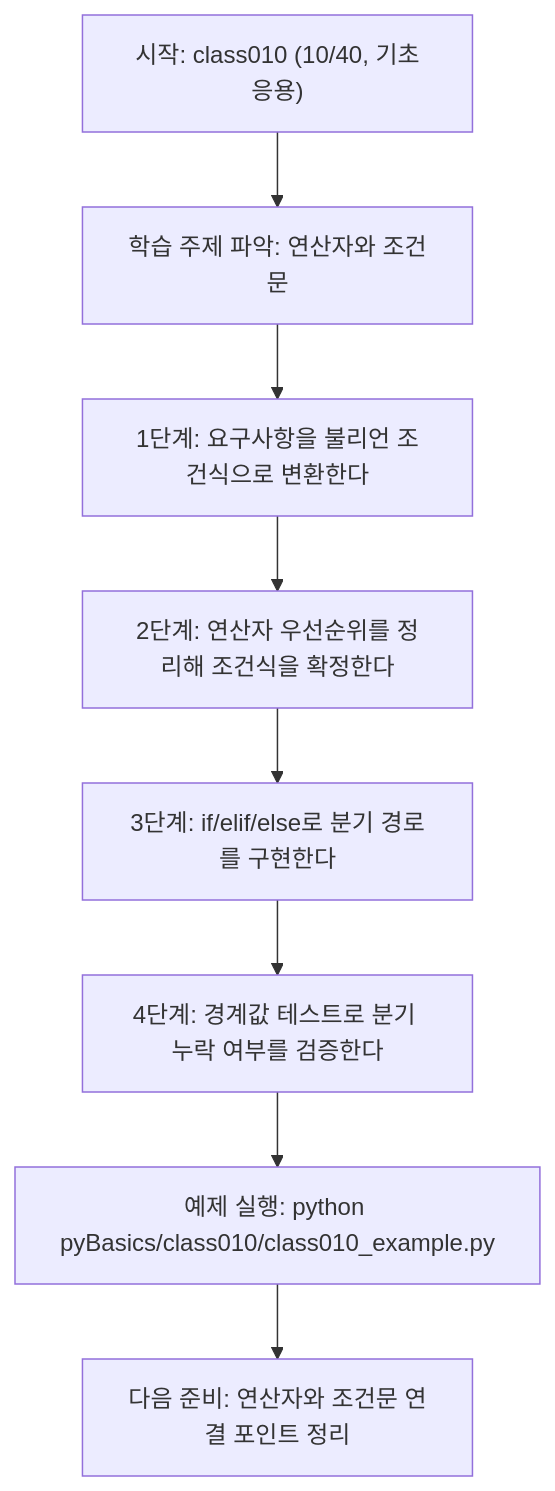
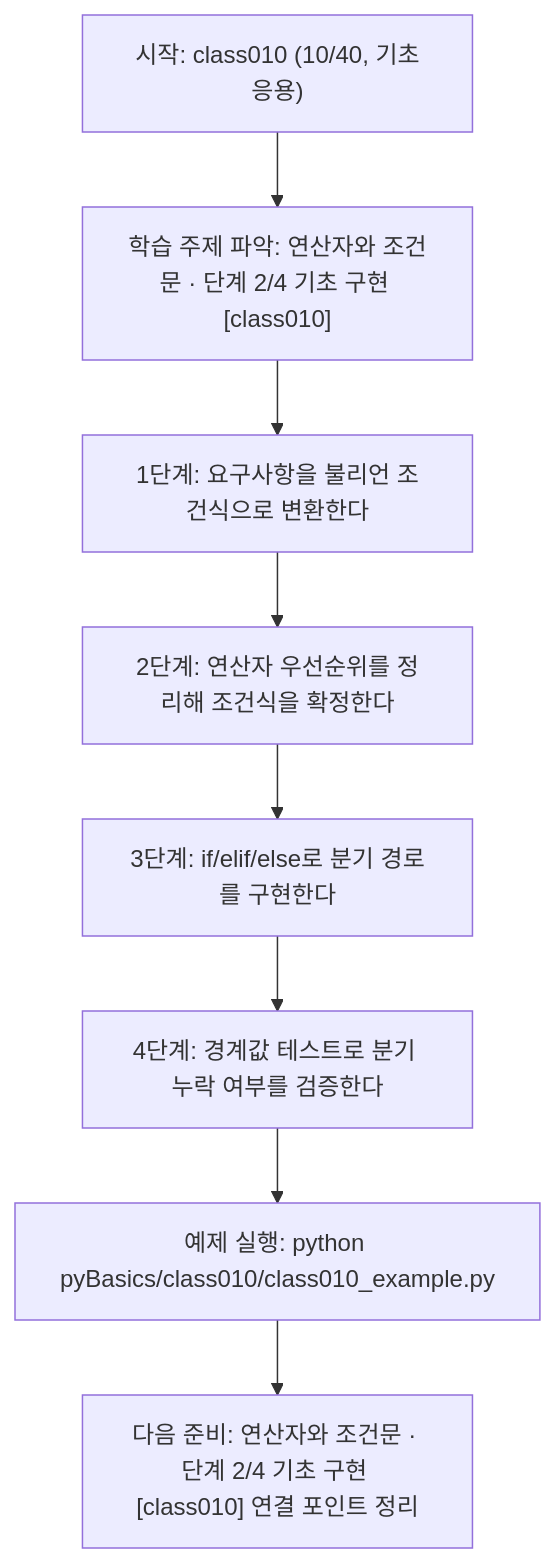
One commit to edumgt/Python-AI_Agent-Class changed the diagram in pyBasics/class010/class010.md. Above: the diagram before and after it, drawn with Mermaid. The commit also changed other lines of this file and 522 other files, not shown here.

````diff
--- a/pyBasics/class010/class010.md
+++ b/pyBasics/class010/class010.md
@@ -108,18 +109,18 @@
 ```mermaid
 flowchart TD
 N1["시작: class010 (10/40, 기초응용)"]
-N2["학습 주제 파악: 연산자와 조건문"]
+N2["학습 주제 파악: 연산자와 조건문 · 단계 2/4 기초 구현 [class010]"]
 N3["1단계: 요구사항을 불리언 조건식으로 변환한다"]
 N4["2단계: 연산자 우선순위를 정리해 조건식을 확정한다"]
 N5["3단계: if/elif/else로 분기 경로를 구현한다"]
 N6["4단계: 경계값 테스트로 분기 누락 여부를 검증한다"]
 N7["예제 실행: python pyBasics/class010/class010_example.py"]
-N8["다음 준비: 연산자와 조건문 연결 포인트 정리"]
+N8["다음 준비: 연산자와 조건문 · 단계 2/4 기초 구현 [class010] 연결 포인트 정리"]
 N1 --> N2
 N2 --> N3
 N3 --> N4
 N4 --> N5
 N5 --> N6
 N6 --> N7
 N7 --> N8
 ```
````
